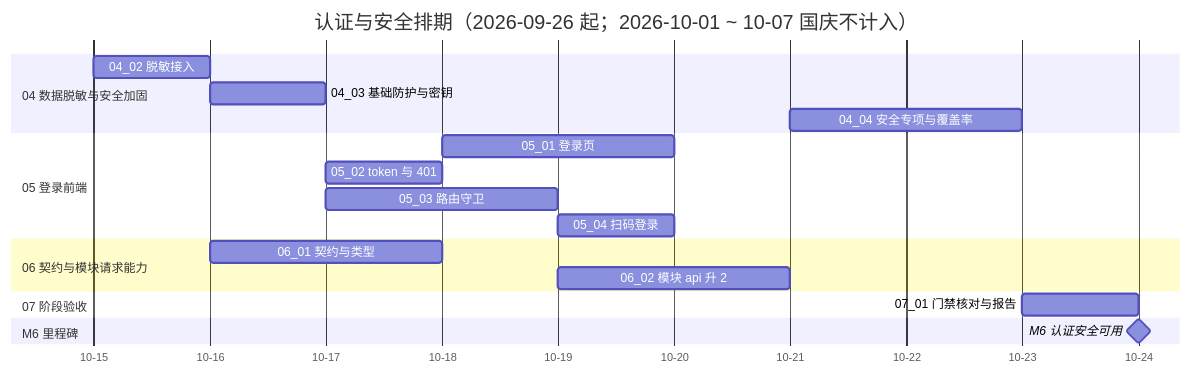
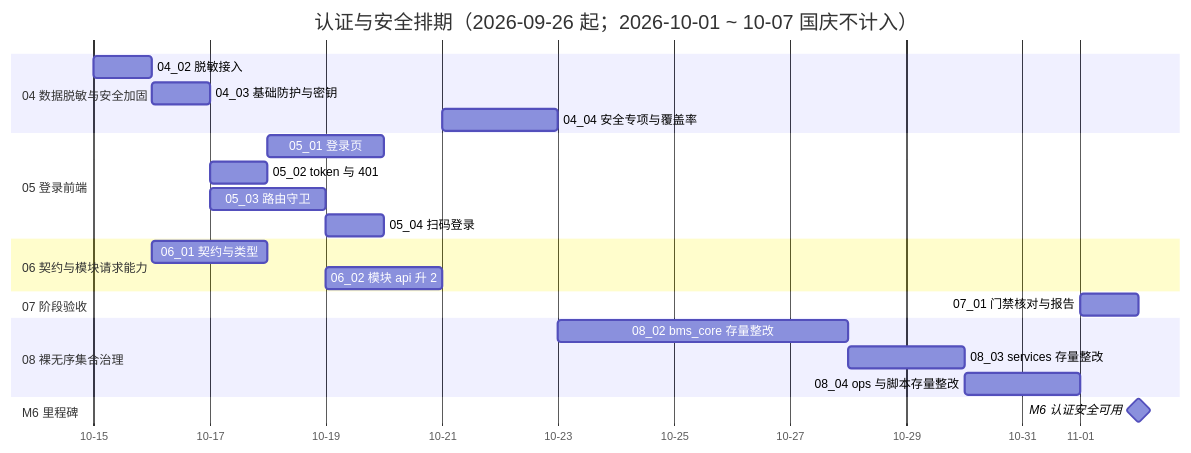
One commit to minjian123/basic-management-system changed the diagram in bms文档/项目/06_认证与安全/计划/01_计划_认证与安全.md. Above: the diagram before and after it, drawn with Mermaid. The commit also changed other lines of this file and 8 other files, not shown here.

````diff
--- a/bms文档/项目/06_认证与安全/计划/01_计划_认证与安全.md
+++ b/bms文档/项目/06_认证与安全/计划/01_计划_认证与安全.md
@@ -72,22 +75,26 @@
 ```mermaid
 gantt
     title 认证与安全排期（2026-09-26 起；2026-10-01 ~ 10-07 国庆不计入）
     dateFormat  YYYY-MM-DD
     axisFormat %m-%d
     section 04 数据脱敏与安全加固
     04_02 脱敏接入 :d2, 2026-10-15, 1d
     04_03 基础防护与密钥 :d3, 2026-10-16, 1d
     04_04 安全专项与覆盖率 :d4, 2026-10-21, 2d
     section 05 登录前端
     05_01 登录页 :e1, 2026-10-18, 2d
     05_02 token 与 401 :e2, 2026-10-17, 1d
     05_03 路由守卫 :e3, 2026-10-17, 2d
     05_04 扫码登录 :e4, 2026-10-19, 1d
     section 06 契约与模块请求能力
     06_01 契约与类型 :f1, 2026-10-16, 2d
     06_02 模块 api 升 2 :f2, 2026-10-19, 2d
     section 07 阶段验收
-    07_01 门禁核对与报告 :g1, 2026-10-23, 1d
+    07_01 门禁核对与报告 :g1, 2026-11-01, 1d
+    section 08 裸无序集合治理
+    08_02 bms_core 存量整改 :h1, 2026-10-23, 5d
+    08_03 services 存量整改 :h2, 2026-10-28, 2d
+    08_04 ops 与脚本存量整改 :h3, 2026-10-30, 2d
     section M6 里程碑
-    M6 认证安全可用 :milestone, mm6, 2026-10-24, 0d
+    M6 认证安全可用 :milestone, mm6, 2026-11-02, 0d
 ```
````
